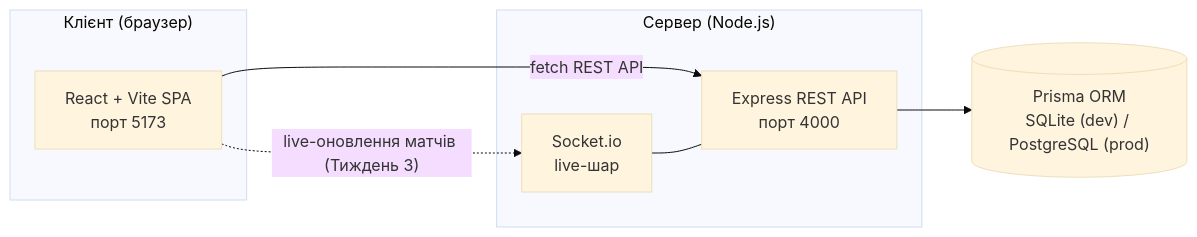
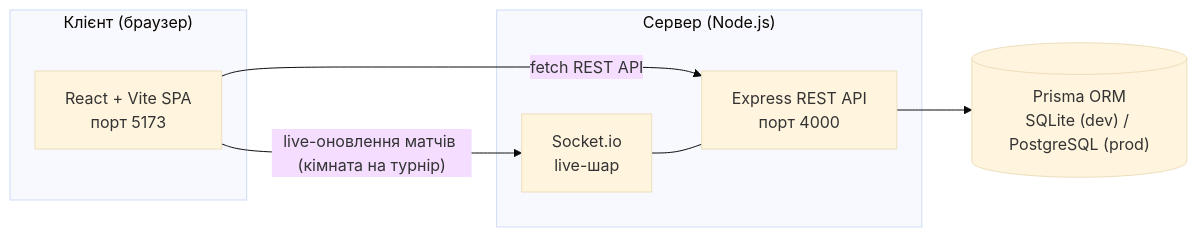
One commit to zelonka228/tourney-platform changed the first of 2 diagrams in README.md. Above: the diagram before and after it, drawn with Mermaid (base theme). The commit also changed other lines of this file, not shown here.

````diff
--- a/README.md
+++ b/README.md
@@ -102,18 +105,18 @@
 ```mermaid
 flowchart LR
     subgraph Client["Клієнт (браузер)"]
         FE["React + Vite SPA<br/>порт 5173"]
     end
 
     subgraph Server["Сервер (Node.js)"]
         BE["Express REST API<br/>порт 4000"]
         WS["Socket.io<br/>live-шар"]
     end
 
     DB[("Prisma ORM<br/>SQLite (dev) / PostgreSQL (prod)")]
 
     FE -- "fetch REST API" --> BE
-    FE -. "live-оновлення матчів (Тиждень 3)" .-> WS
+    FE -- "live-оновлення матчів (кімната на турнір)" --> WS
     BE --> DB
     WS --- BE
 ```
````
